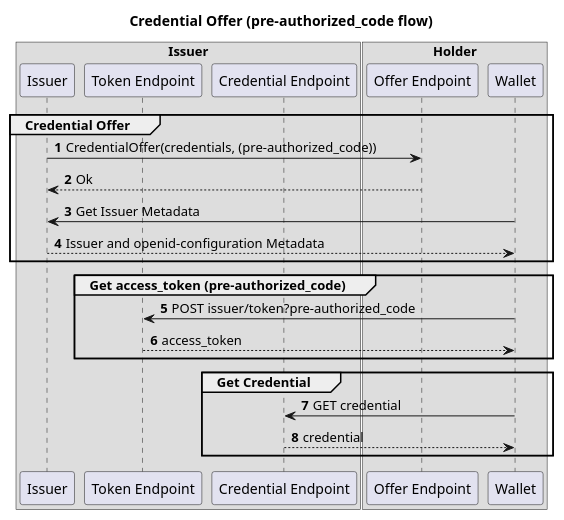
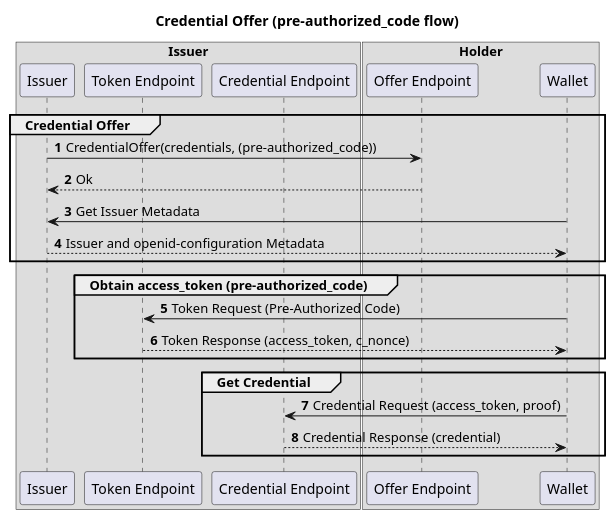
The diagram in vcr/oidc4vci/docs/flow-final.puml (nuts-foundation/nuts-node), drawn with PlantUML before and after one commit. The commit also changed 17 other files, not shown here.

First line of the commit message:
Adds JWT proof to credential request

```diff
--- a/vcr/oidc4vci/docs/flow-final.puml
+++ b/vcr/oidc4vci/docs/flow-final.puml
@@ -1,38 +1,38 @@
 @startuml
 'https://plantuml.com/sequence-diagram
 
 title Credential Offer (pre-authorized_code flow)
 
 autonumber
 
 box Issuer
     participant Issuer
     participant "Token Endpoint" as TokenEP
     participant "Credential Endpoint" as CredentialEP
 end box
 
 box Holder
     participant "Offer Endpoint" as OfferEP
     participant Wallet
 end box
 
 group Credential Offer
     Issuer -> OfferEP: CredentialOffer(credentials, (pre-authorized_code))
     OfferEP --> Issuer: Ok
     Wallet -> Issuer: Get Issuer Metadata
     Issuer --> Wallet: Issuer and openid-configuration Metadata
 end
 
-group  Get access_token (pre-authorized_code)
-    Wallet -> TokenEP: POST issuer/token?pre-authorized_code
-    TokenEP --> Wallet: access_token
+group  Obtain access_token (pre-authorized_code)
+    Wallet -> TokenEP: Token Request (Pre-Authorized Code)
+    TokenEP --> Wallet: Token Response (access_token, c_nonce)
 end
 
 group Get Credential
-    Wallet -> CredentialEP: GET credential
-    CredentialEP --> Wallet: credential
+    Wallet -> CredentialEP: Credential Request (access_token, proof)
+    CredentialEP --> Wallet: Credential Response (credential)
 end
 
 
 
 @enduml
```
